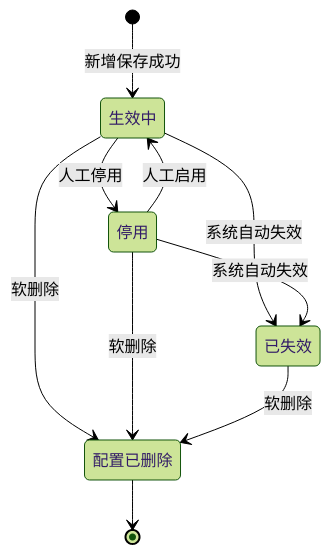
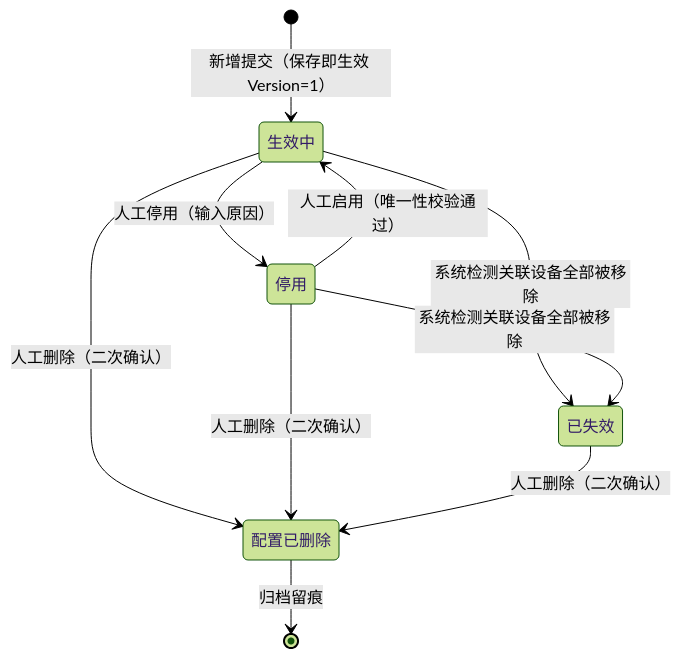
One commit to RobertHuang999/SYZC changed the first of 3 diagrams in 02-PRD文档/B-迭代需求/6.2版本（2026.08）/03-预警配置/02设备预警配置/设备预警配置业务规则规格.md. Above: the diagram before and after it, drawn with Mermaid (forest theme). The commit also changed other lines of this file and 146 other files, not shown here.

````diff
--- a/02-PRD文档/B-迭代需求/6.2版本（2026.08）/03-预警配置/02设备预警配置/设备预警配置业务规则规格.md
+++ b/02-PRD文档/B-迭代需求/6.2版本（2026.08）/03-预警配置/02设备预警配置/设备预警配置业务规则规格.md
@@ -54,12 +51,12 @@
 ```mermaid
 stateDiagram-v2
-    [*] --> 生效中: 新增保存成功
-    生效中 --> 停用: 人工停用
-    停用 --> 生效中: 人工启用
-    生效中 --> 已失效: 系统自动失效
-    停用 --> 已失效: 系统自动失效
-    生效中 --> 配置已删除: 软删除
-    停用 --> 配置已删除: 软删除
-    已失效 --> 配置已删除: 软删除
-    配置已删除 --> [*]
+    [*] --> 生效中 : 新增提交（保存即生效 Version=1）
+    生效中 --> 停用 : 人工停用（输入原因）
+    停用 --> 生效中 : 人工启用（唯一性校验通过）
+    生效中 --> 已失效 : 系统检测关联设备全部被移除
+    停用 --> 已失效 : 系统检测关联设备全部被移除
+    生效中 --> 配置已删除 : 人工删除（二次确认）
+    停用 --> 配置已删除 : 人工删除（二次确认）
+    已失效 --> 配置已删除 : 人工删除（二次确认）
+    配置已删除 --> [*] : 归档留痕
 ```
````
